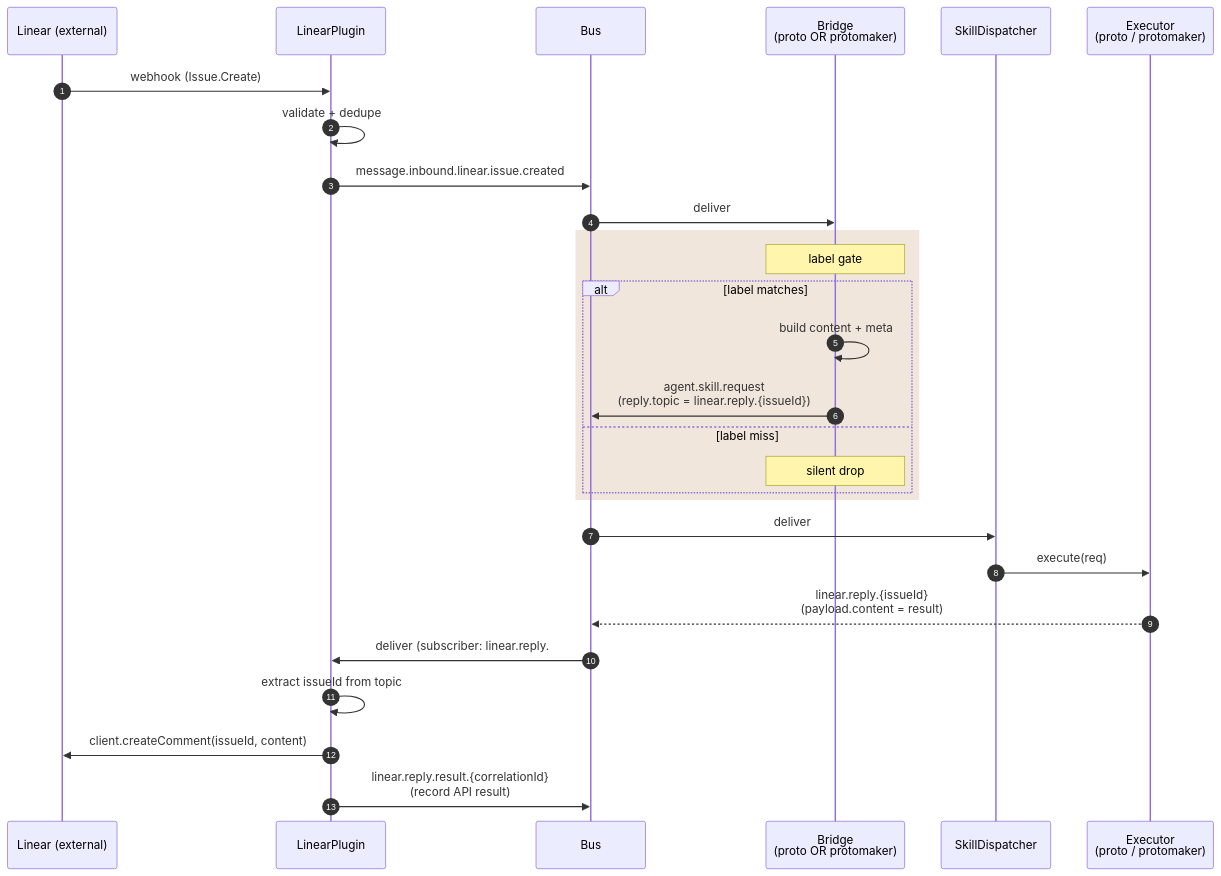
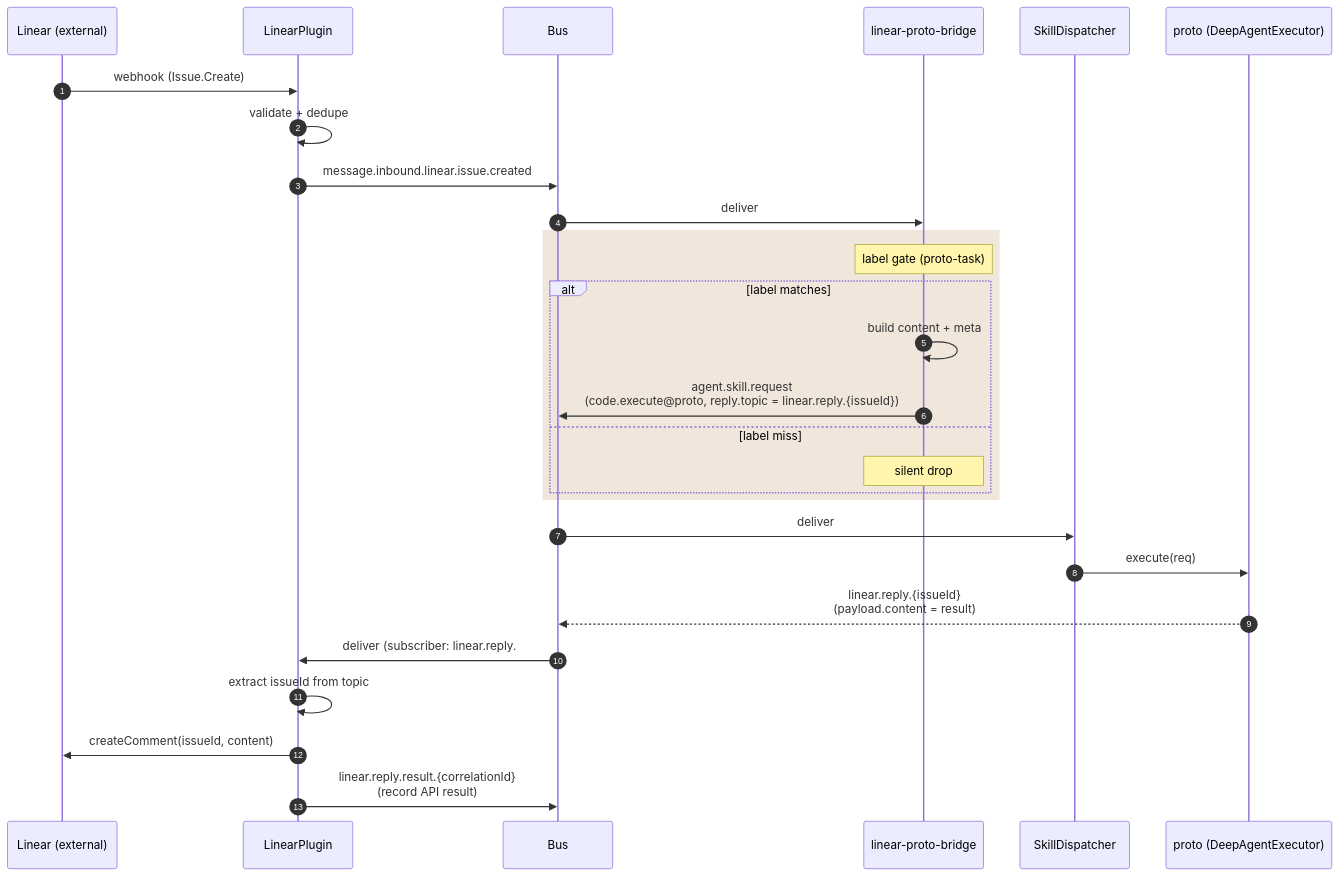
The diagram in docs/architecture/flow-linear-bridges.md (protoLabsAI/protoWorkstacean), drawn with Mermaid before and after one commit. The commit also changed other lines of this file and 8 other files, not shown here.

First line of the commit message:
docs: agents are in-process; fix Linear bridge + gating (#683 theme 3)

````diff
--- a/docs/architecture/flow-linear-bridges.md
+++ b/docs/architecture/flow-linear-bridges.md
@@ -68,34 +70,34 @@
 ```mermaid
 sequenceDiagram
     autonumber
     participant Ext as Linear (external)
     participant LP as LinearPlugin
     participant Bus as Bus
-    participant B as Bridge<br/>(proto OR protomaker)
+    participant B as linear-proto-bridge
     participant SD as SkillDispatcher
-    participant E as Executor<br/>(proto / protomaker)
+    participant E as proto (DeepAgentExecutor)
 
     Ext->>LP: webhook (Issue.Create)
     LP->>LP: validate + dedupe
     LP->>Bus: message.inbound.linear.issue.created
     Bus->>B: deliver
 
     rect rgb(240, 230, 220)
-        Note over B: label gate
+        Note over B: label gate (proto-task)
         alt label matches
             B->>B: build content + meta
-            B->>Bus: agent.skill.request<br/>(reply.topic = linear.reply.{issueId})
+            B->>Bus: agent.skill.request<br/>(code.execute@proto, reply.topic = linear.reply.{issueId})
         else label miss
             Note over B: silent drop
         end
     end
 
     Bus->>SD: deliver
     SD->>E: execute(req)
     E-->>Bus: linear.reply.{issueId}<br/>(payload.content = result)
 
     Bus->>LP: deliver (subscriber: linear.reply.#)
     LP->>LP: extract issueId from topic
-    LP->>Ext: client.createComment(issueId, content)
+    LP->>Ext: createComment(issueId, content)
     LP->>Bus: linear.reply.result.{correlationId}<br/>(record API result)
 ```
````
